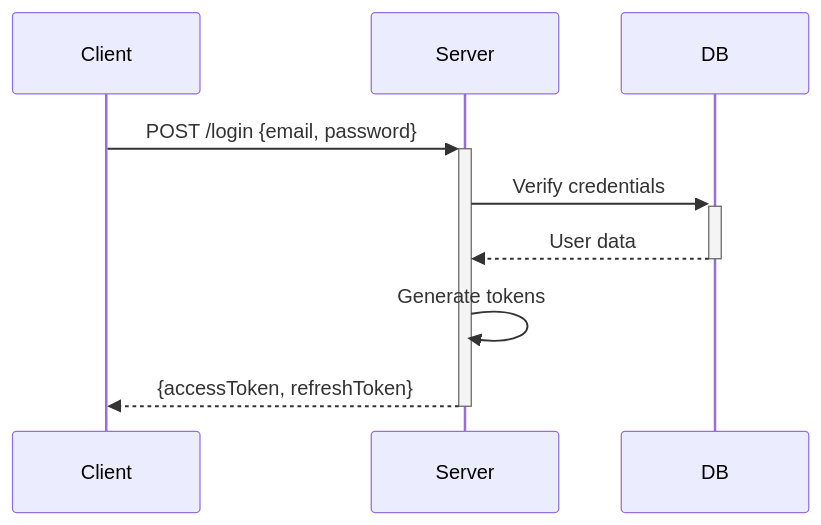
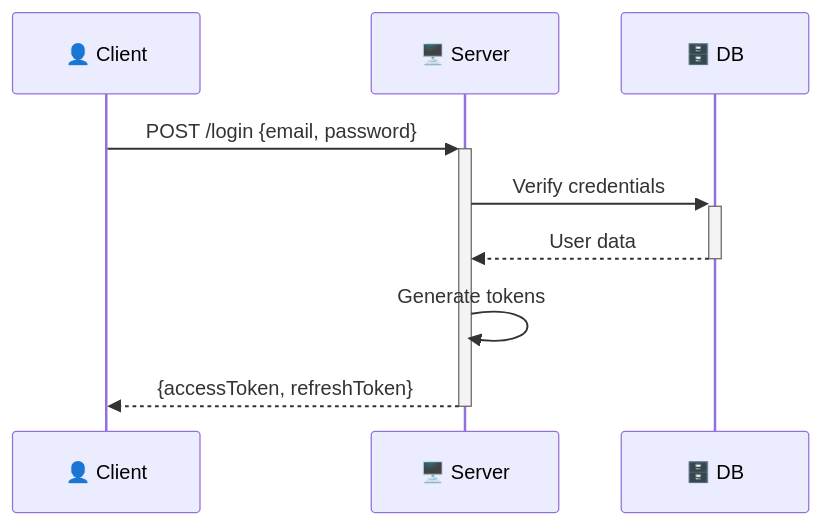
Before and after one commit to subburathinam-M/JWT-Token: the first of 3 diagrams in README.md, drawn with Mermaid.

````diff
--- a/README.md
+++ b/README.md
@@ -199,8 +199,8 @@
 ```mermaid
- sequenceDiagram
-    Client->>+Server: POST /login {email, password}
-    Server->>+DB: Verify credentials
-    DB-->>-Server: User data
-    Server->>Server: Generate tokens
-    Server-->>-Client: {accessToken, refreshToken}
+sequenceDiagram
+    👤 Client->>+🖥️ Server: POST /login {email, password}
+    🖥️ Server->>+🗄️ DB: Verify credentials
+    🗄️ DB-->>-🖥️ Server: User data
+    🖥️ Server->>🖥️ Server: Generate tokens
+    🖥️ Server-->>-👤 Client: {accessToken, refreshToken}
 ```
````
